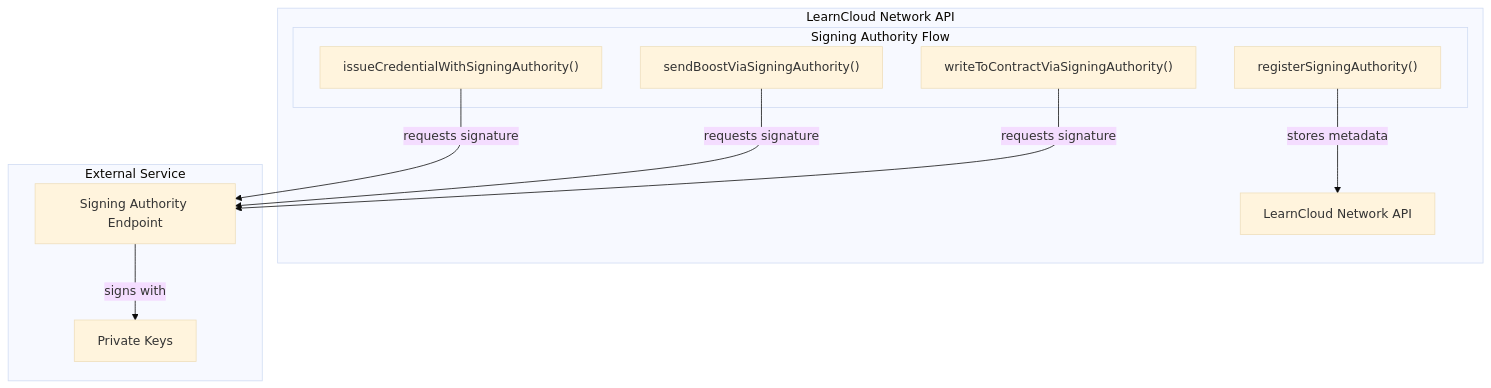
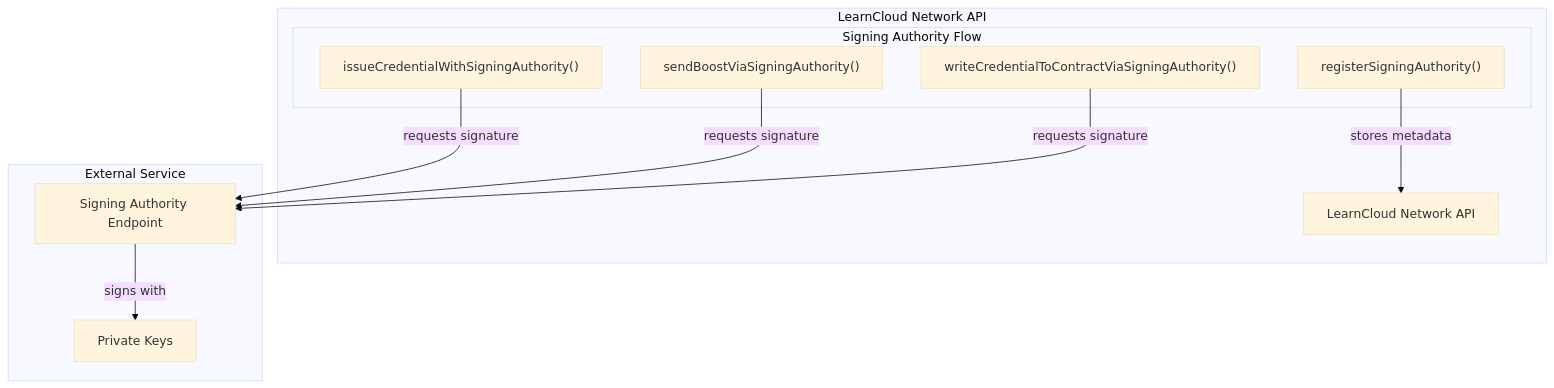
The diagram in docs/core-concepts/identities-and-keys/signing-authorities.md (learningeconomy/LearnCard), drawn with Mermaid (base theme) before and after one commit. The commit also changed other lines of this file and 38 other files, not shown here.

````diff
--- a/docs/core-concepts/identities-and-keys/signing-authorities.md
+++ b/docs/core-concepts/identities-and-keys/signing-authorities.md
@@ -24,25 +24,25 @@
 ```mermaid
 graph TD
     subgraph "LearnCloud Network API"
         brain["LearnCloud Network API"]
 
         subgraph "Signing Authority Flow"
             register["registerSigningAuthority()"]
             issue["issueCredentialWithSigningAuthority()"]
             send["sendBoostViaSigningAuthority()"]
-            write["writeToContractViaSigningAuthority()"]
+            write["writeCredentialToContractViaSigningAuthority()"]
         end
     end
 
     subgraph "External Service"
         endpoint["Signing Authority Endpoint"]
         keys["Private Keys"]
     end
 
     register -->|"stores metadata"| brain
     issue -->|"requests signature"| endpoint
     send -->|"requests signature"| endpoint
     write -->|"requests signature"| endpoint
 
     endpoint -->|"signs with"| keys
 ```
````
